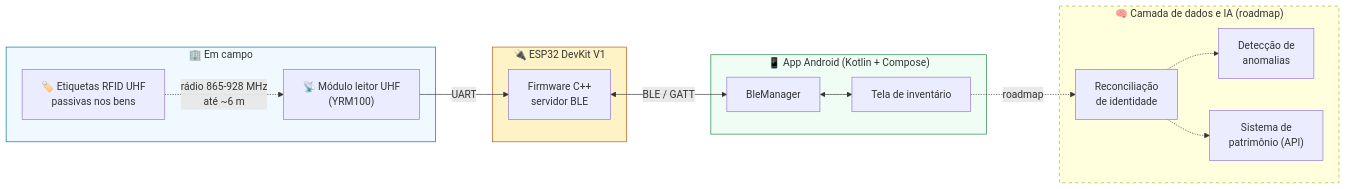
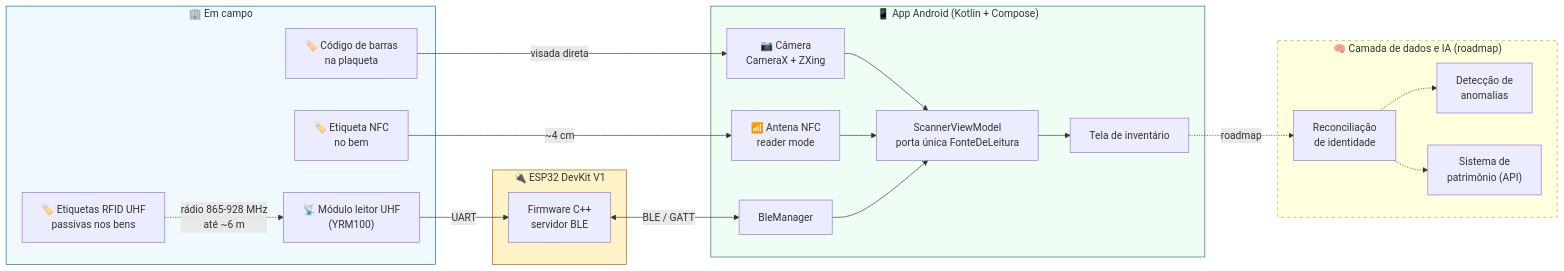
Before and after one commit to maia-andre/patrimonio-inteligente: the first of 2 diagrams in README.md, drawn with Mermaid. The commit also changed other lines of this file and 6 other files, not shown here.

````diff
--- a/README.md
+++ b/README.md
@@ -67,35 +70,45 @@
 ```mermaid
 graph LR
     subgraph Campo["🏢 Em campo"]
         TAG["🏷️ Etiquetas RFID UHF<br/>passivas nos bens"]
+        BAR["🏷️ Código de barras<br/>na plaqueta"]
+        NTAG["🏷️ Etiqueta NFC<br/>no bem"]
         LEITOR["📡 Módulo leitor UHF<br/>(YRM100)"]
         TAG -.->|"rádio 865-928 MHz<br/>até ~6 m"| LEITOR
     end
 
     subgraph Embarcado["🔌 ESP32 DevKit V1"]
         FIRM["Firmware C++<br/>servidor BLE"]
         LEITOR -->|UART| FIRM
     end
 
     subgraph App["📱 App Android (Kotlin + Compose)"]
+        CAM["📷 Câmera<br/>CameraX + ZXing"]
+        NFC["📶 Antena NFC<br/>reader mode"]
         BLEMGR["BleManager"]
+        VM["ScannerViewModel<br/>porta única FonteDeLeitura"]
         UI["Tela de inventário"]
-        BLEMGR <--> UI
+        CAM --> VM
+        NFC --> VM
+        BLEMGR --> VM
+        VM --> UI
     end
 
     subgraph Backoffice["🧠 Camada de dados e IA (roadmap)"]
         RECON["Reconciliação<br/>de identidade"]
         ANOM["Detecção de<br/>anomalias"]
         SIST["Sistema de<br/>patrimônio (API)"]
     end
 
+    BAR -->|"visada direta"| CAM
+    NTAG -->|"~4 cm"| NFC
     FIRM <-->|"BLE / GATT"| BLEMGR
     UI -.->|roadmap| RECON
     RECON -.-> SIST
     RECON -.-> ANOM
 
     style Backoffice stroke-dasharray: 5 5
     style Campo fill:#f0f9ff,stroke:#0369a1
     style Embarcado fill:#fef3c7,stroke:#b45309
     style App fill:#f0fdf4,stroke:#15803d
 ```
````
